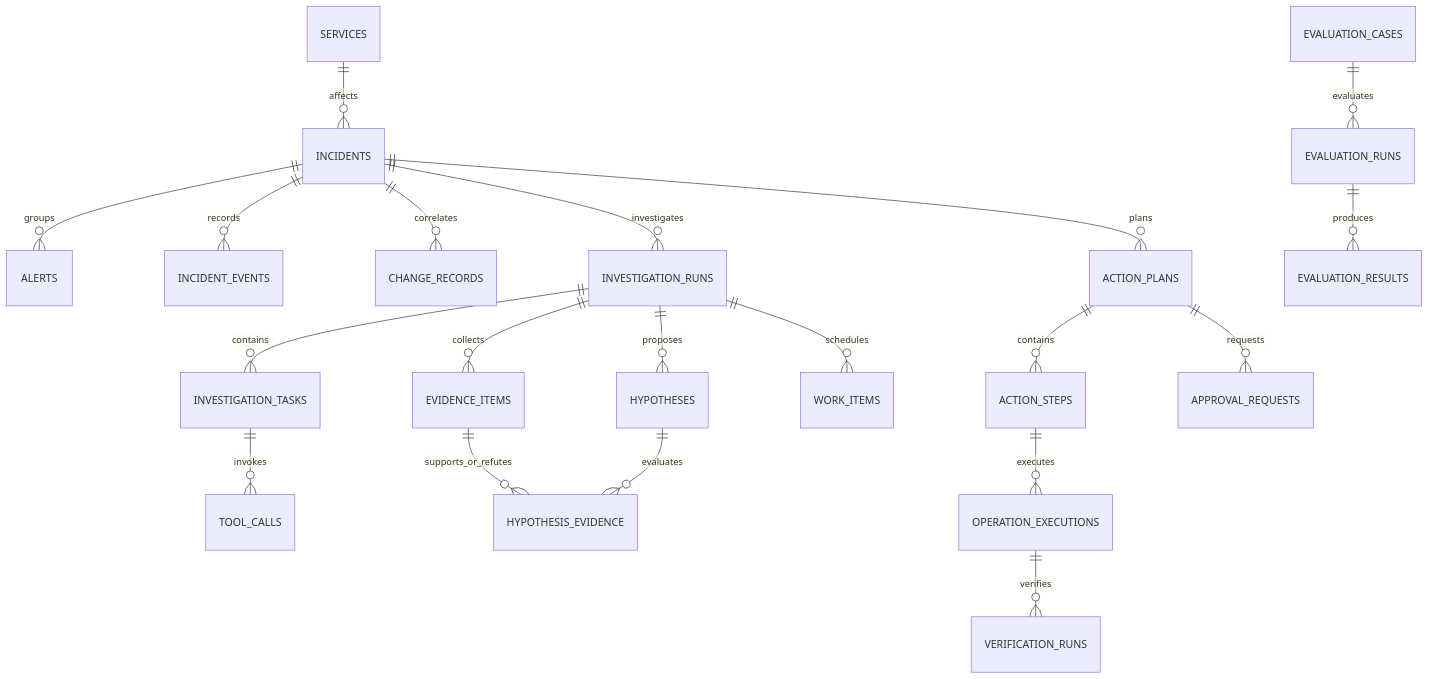
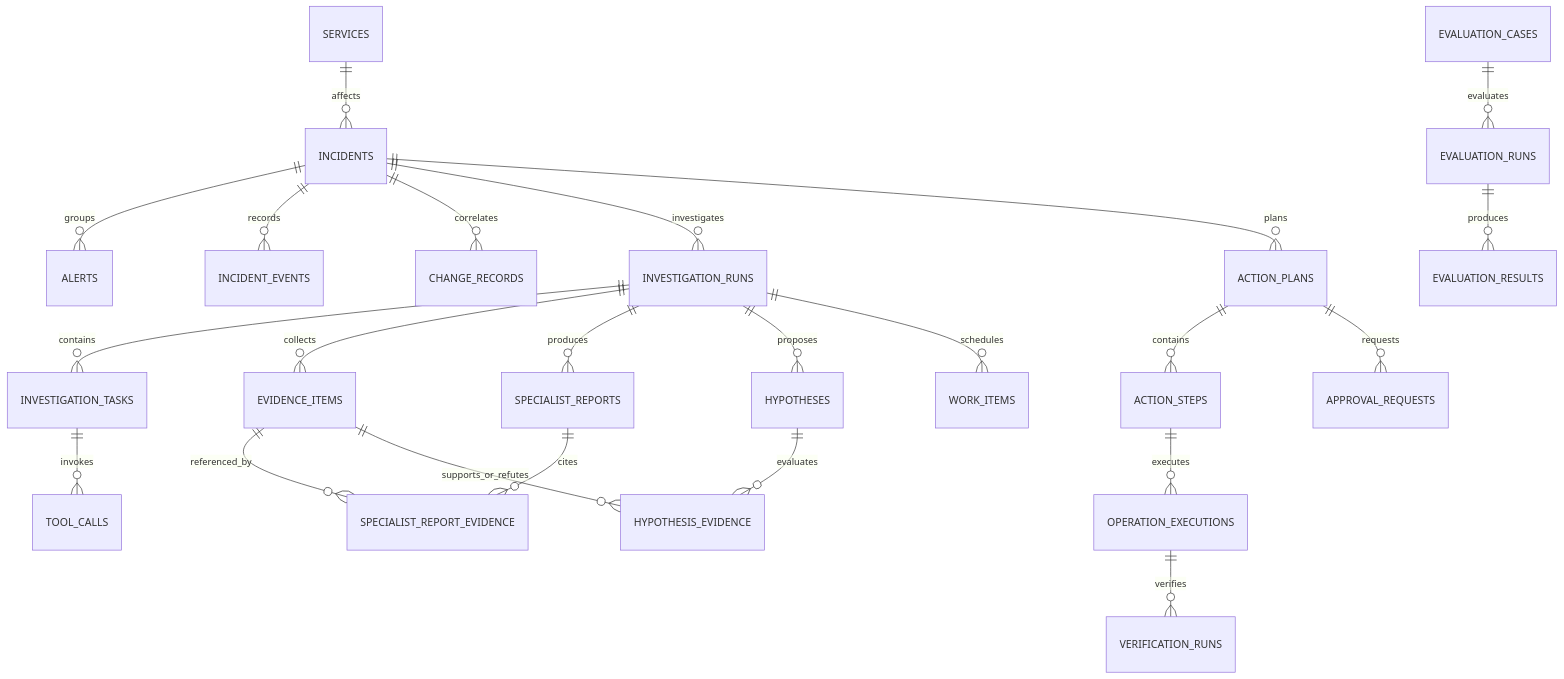
The first of 3 diagrams in docs/architecture/04-database-design.md (kill-t/ops-swarm), drawn with Mermaid before and after one commit. The commit also changed other lines of this file and 27 other files, not shown here.

````diff
--- a/docs/architecture/04-database-design.md
+++ b/docs/architecture/04-database-design.md
@@ -26,22 +26,25 @@
 ```mermaid
 erDiagram
     SERVICES ||--o{ INCIDENTS : affects
     INCIDENTS ||--o{ ALERTS : groups
     INCIDENTS ||--o{ INCIDENT_EVENTS : records
     INCIDENTS ||--o{ CHANGE_RECORDS : correlates
     INCIDENTS ||--o{ INVESTIGATION_RUNS : investigates
     INVESTIGATION_RUNS ||--o{ INVESTIGATION_TASKS : contains
     INVESTIGATION_TASKS ||--o{ TOOL_CALLS : invokes
     INVESTIGATION_RUNS ||--o{ EVIDENCE_ITEMS : collects
+    INVESTIGATION_RUNS ||--o{ SPECIALIST_REPORTS : produces
+    SPECIALIST_REPORTS ||--o{ SPECIALIST_REPORT_EVIDENCE : cites
+    EVIDENCE_ITEMS ||--o{ SPECIALIST_REPORT_EVIDENCE : referenced_by
     INVESTIGATION_RUNS ||--o{ HYPOTHESES : proposes
     HYPOTHESES ||--o{ HYPOTHESIS_EVIDENCE : evaluates
     EVIDENCE_ITEMS ||--o{ HYPOTHESIS_EVIDENCE : supports_or_refutes
     INCIDENTS ||--o{ ACTION_PLANS : plans
     ACTION_PLANS ||--o{ ACTION_STEPS : contains
     ACTION_PLANS ||--o{ APPROVAL_REQUESTS : requests
     ACTION_STEPS ||--o{ OPERATION_EXECUTIONS : executes
     OPERATION_EXECUTIONS ||--o{ VERIFICATION_RUNS : verifies
     INVESTIGATION_RUNS ||--o{ WORK_ITEMS : schedules
     EVALUATION_CASES ||--o{ EVALUATION_RUNS : evaluates
     EVALUATION_RUNS ||--o{ EVALUATION_RESULTS : produces
 ```
````
